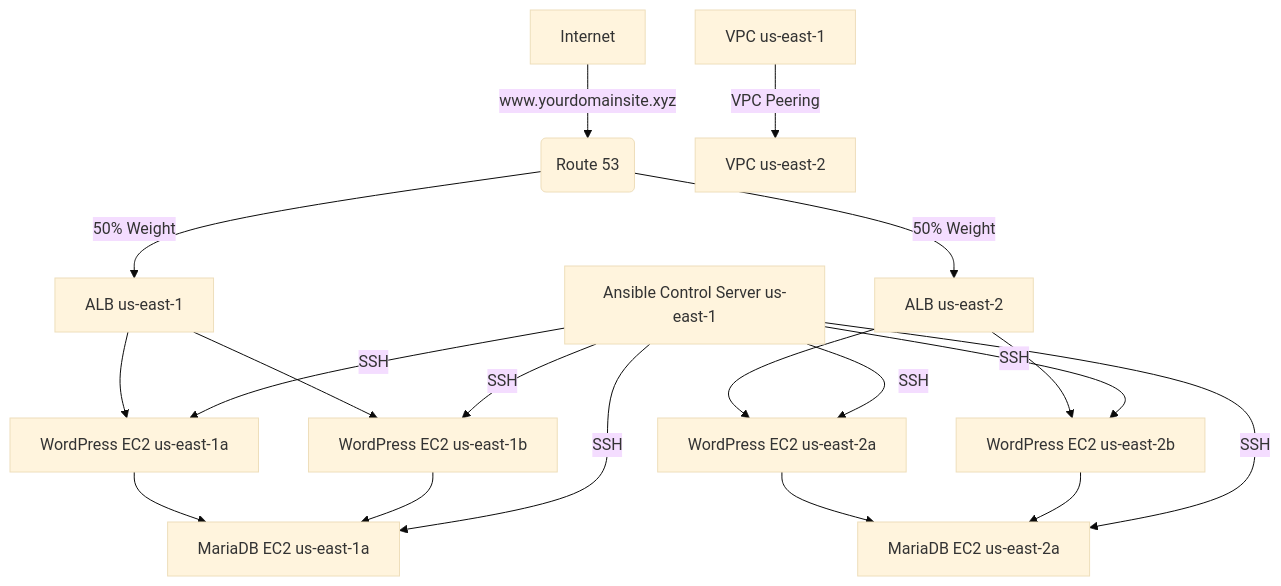
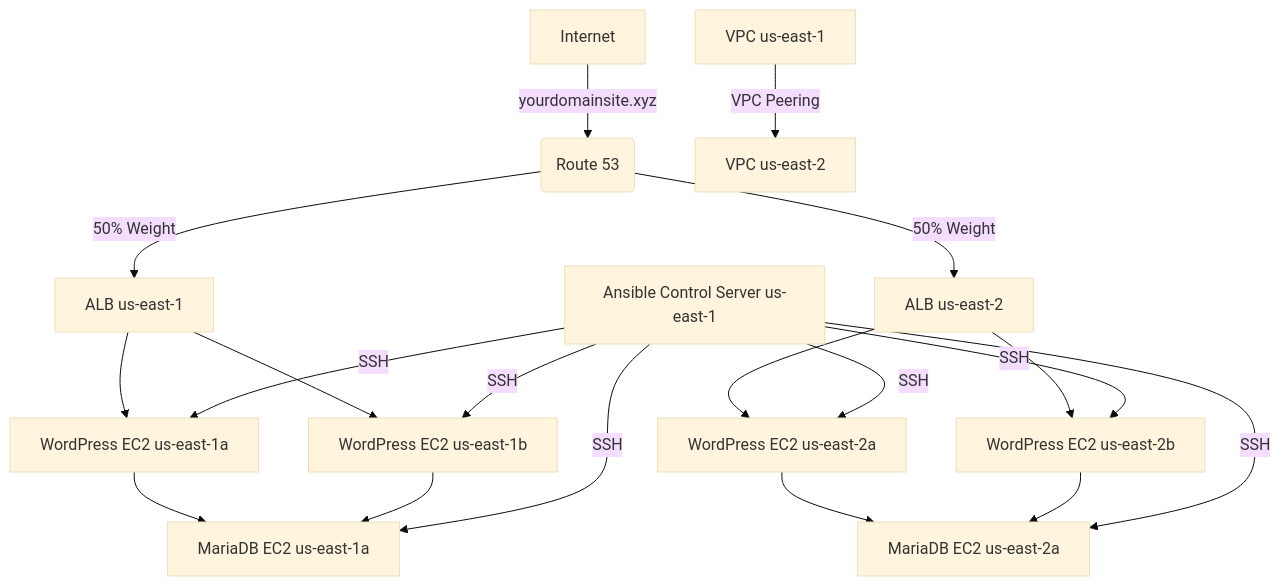
The diagram in README.md (Ziad-Assem/Terraform-Ansible-AWS-Wordpress-Project), drawn with Mermaid (base theme) before and after one commit.

````diff
--- a/README.md
+++ b/README.md
@@ -24,21 +24,21 @@
 ```mermaid
 graph TD
-    A[Internet] -->|www.yourdomainsite.xyz| B(Route 53)
+    A[Internet] -->|yourdomainsite.xyz| B(Route 53)
     B -->|50% Weight| C[ALB us-east-1]
     B -->|50% Weight| D[ALB us-east-2]
     C --> E[WordPress EC2 us-east-1a]
     C --> F[WordPress EC2 us-east-1b]
     D --> G[WordPress EC2 us-east-2a]
     D --> H[WordPress EC2 us-east-2b]
     E --> I[MariaDB EC2 us-east-1a]
     F --> I
     G --> J[MariaDB EC2 us-east-2a]
     H --> J
     K[Ansible Control Server us-east-1] -->|SSH| E
     K -->|SSH| F
     K -->|SSH| I
     K -->|SSH| G
     K -->|SSH| H
     K -->|SSH| J
     L[VPC us-east-1] -->|VPC Peering| M[VPC us-east-2]
 ```
````
